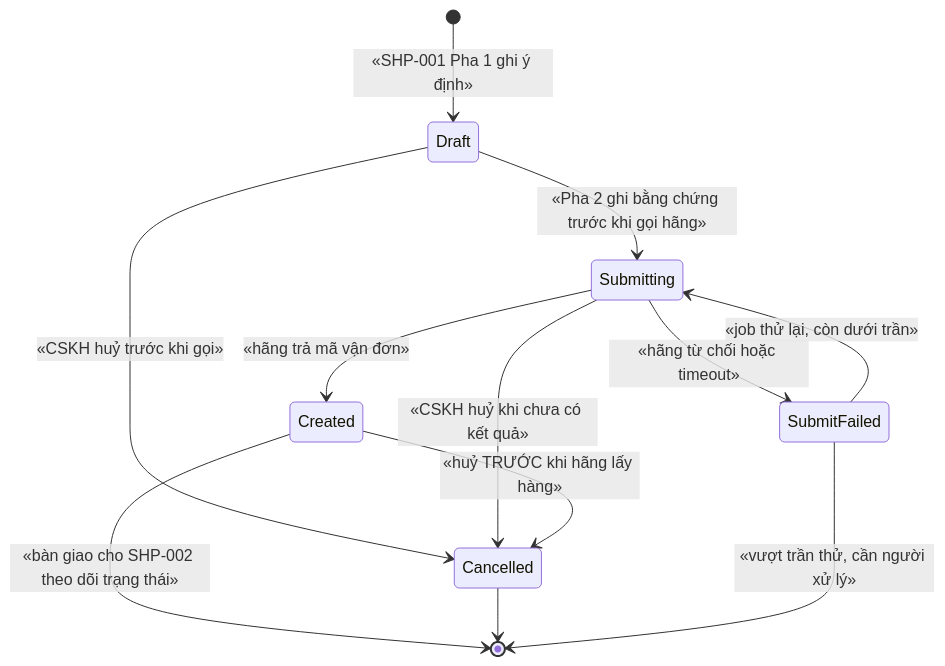
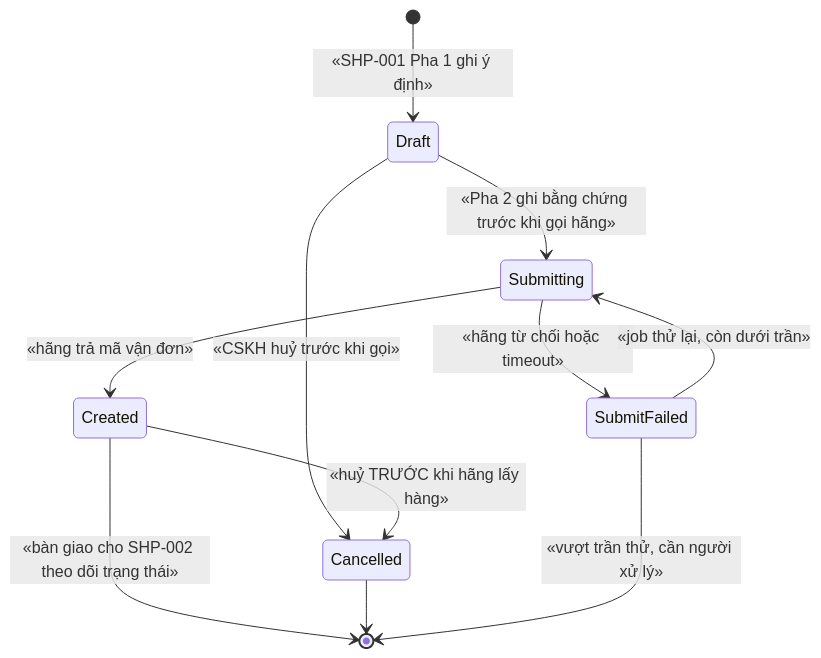
Before and after one commit to hungnt9801/eCommerce: the second of 3 diagrams in docs/features/shipping/shp-001-adapter-ghn-tinh-phi-van-don.md, drawn with Mermaid. The commit also changed other lines of this file and 6 other files, not shown here.

````diff
--- a/docs/features/shipping/shp-001-adapter-ghn-tinh-phi-van-don.md
+++ b/docs/features/shipping/shp-001-adapter-ghn-tinh-phi-van-don.md
@@ -175,14 +177,13 @@
 ```mermaid
 stateDiagram-v2
     [*] --> Draft : «SHP-001 Pha 1 ghi ý định»
     Draft --> Submitting : «Pha 2 ghi bằng chứng trước khi gọi hãng»
     Submitting --> Created : «hãng trả mã vận đơn»
     Submitting --> SubmitFailed : «hãng từ chối hoặc timeout»
     SubmitFailed --> Submitting : «job thử lại, còn dưới trần»
     Draft --> Cancelled : «CSKH huỷ trước khi gọi»
-    Submitting --> Cancelled : «CSKH huỷ khi chưa có kết quả»
     Created --> Cancelled : «huỷ TRƯỚC khi hãng lấy hàng»
     Created --> [*] : «bàn giao cho SHP-002 theo dõi trạng thái»
     Cancelled --> [*]
     SubmitFailed --> [*] : «vượt trần thử, cần người xử lý»
 ```
````
